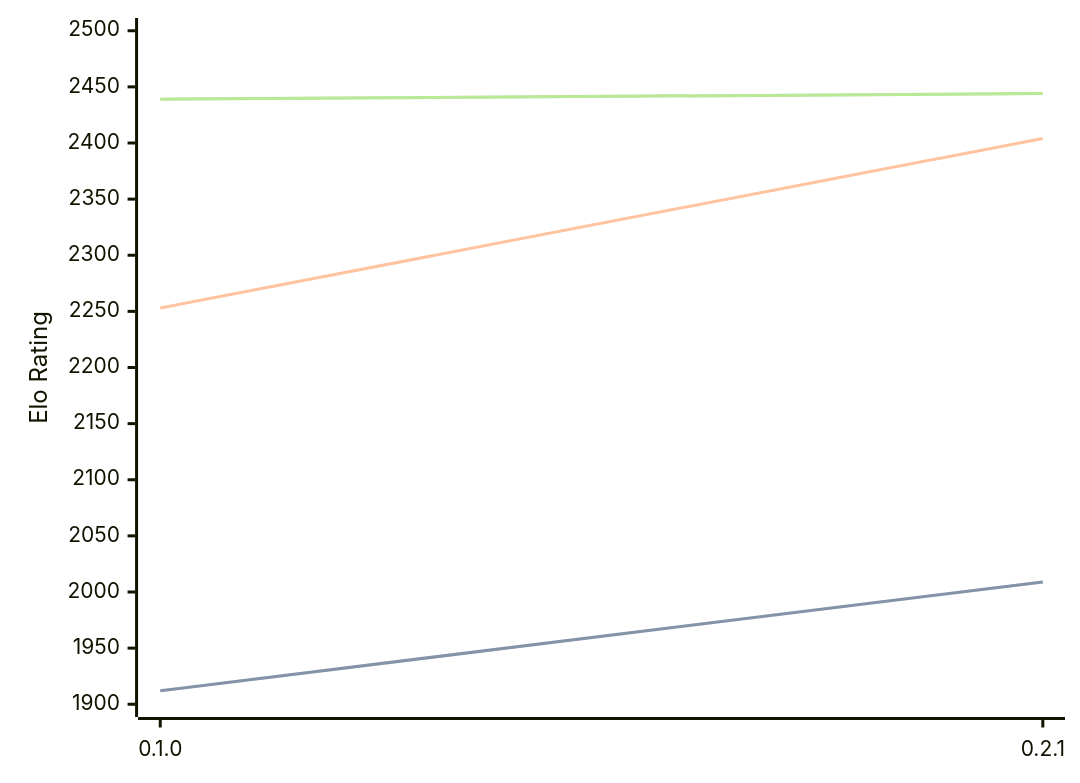
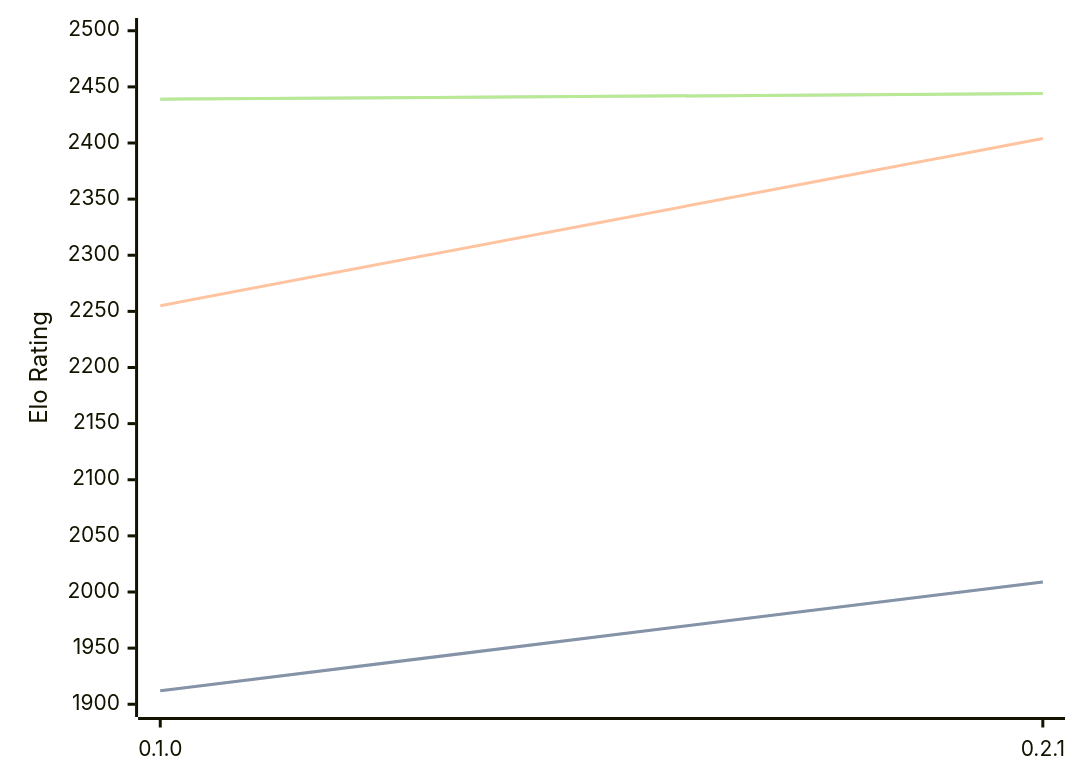
Before and after one commit to computer-chess-index/cci: the diagram in engines/Sykora.md, drawn with Mermaid. The commit also changed other lines of this file, not shown here.

````diff
--- a/engines/Sykora.md
+++ b/engines/Sykora.md
@@ -32,11 +33,11 @@
 ```mermaid
 %%{init: {"theme":"base","themeVariables":{"seriesColors:['#a3a3a3','#222221','#faa371']}}}%%
 xychart-beta
   x-axis ["0.1.0", "0.2.1"]
   y-axis "Elo Rating" 1900 --> 2500
   line "STC (8.0+0.08s)" [1912, 2009]
   line "STC (8.0+0.08s)" [1912, 2009]
-  line "LTC (60.0+0.60s)" [2253, 2404]
+  line "LTC (60.0+0.60s)" [2255, 2404]
   line "VLTC (2m24s+1.12s)" [2439, 2444]
   line "VLTC (2m24s+1.12s)" [2439, 2444]
 ```
````
